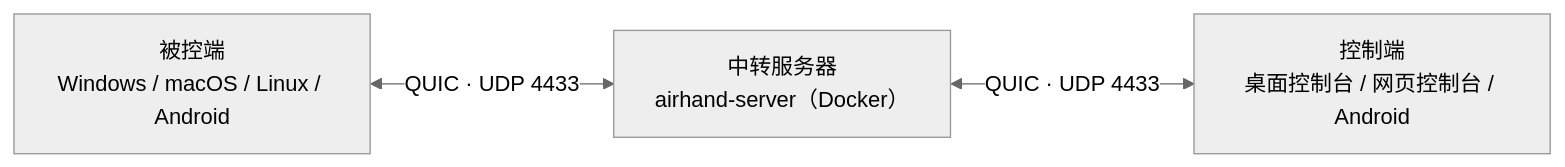
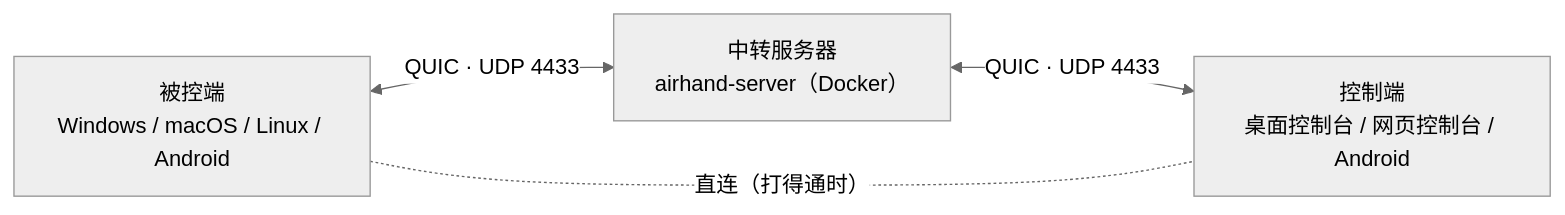
Before and after one commit to sqlpxc/airhand: the diagram in README.zh-CN.md, drawn with Mermaid (neutral theme). The commit also changed other lines of this file and 46 other files, not shown here.

````diff
--- a/README.zh-CN.md
+++ b/README.zh-CN.md
@@ -60,8 +61,9 @@
 ```mermaid
 flowchart LR
     host["被控端<br>Windows / macOS / Linux / Android"]
     relay["中转服务器<br>airhand-server（Docker）"]
     ctrl["控制端<br>桌面控制台 / 网页控制台 / Android"]
     host <-->|"QUIC · UDP 4433"| relay
     relay <-->|"QUIC · UDP 4433"| ctrl
+    host -. "直连（打得通时）" .- ctrl
 ```
````
